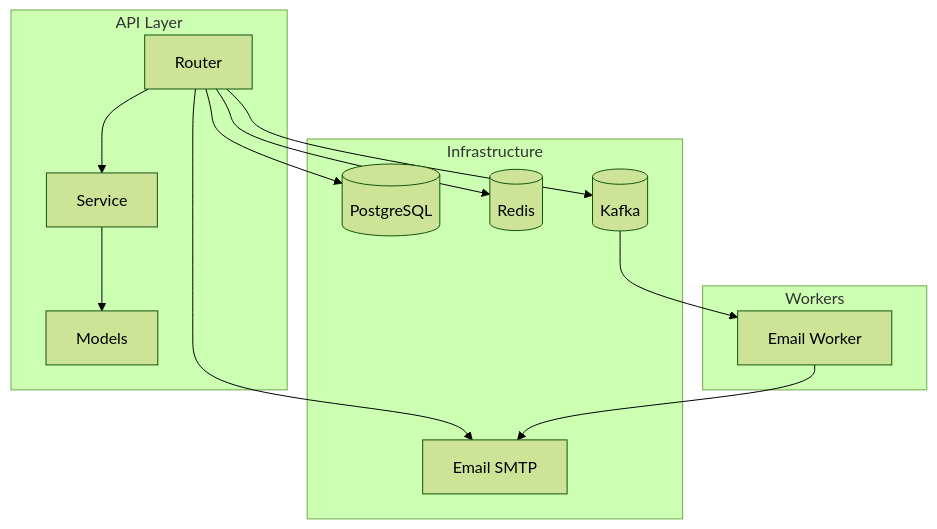
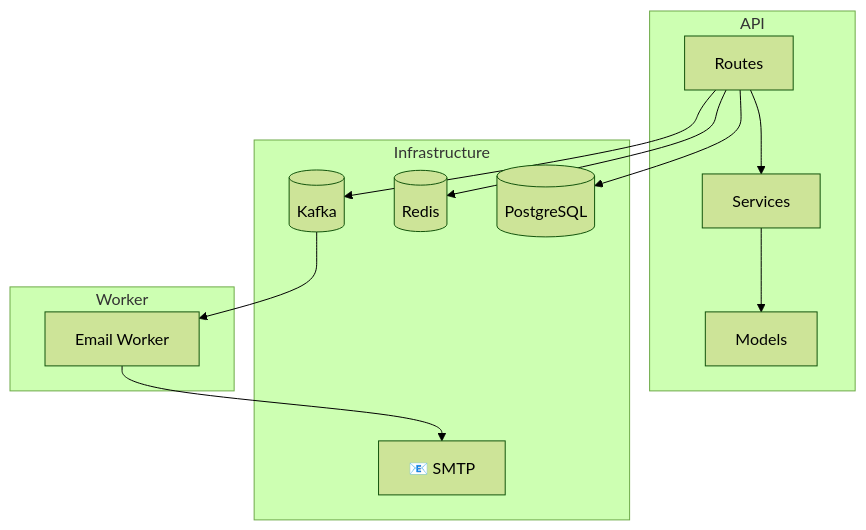
Before and after one commit to DoonyFreeman/Booking_API_Service: the first of 2 diagrams in README.md, drawn with Mermaid (forest theme). The commit also changed other lines of this file and 1 other file, not shown here.

````diff
--- a/README.md
+++ b/README.md
@@ -91,26 +100,25 @@
 ```mermaid
 graph TB
-    subgraph API Layer
-        R[Router] --> S[Service]
+    subgraph API
+        R[Routes] --> S[Services]
         S --> M[Models]
     end
-
+    
     subgraph Infrastructure
         DB[(PostgreSQL)]
         Redis[(Redis)]
         Kafka[(Kafka)]
-        SMTP[Email SMTP]
+        SMTP[📧 SMTP]
     end
-
+    
     R --> DB
     R --> Redis
     R --> Kafka
-    R --> SMTP
-
-    subgraph Workers
+    
+    subgraph Worker
         W[Email Worker]
     end
-
+    
     Kafka --> W
     W --> SMTP
 ```
````
